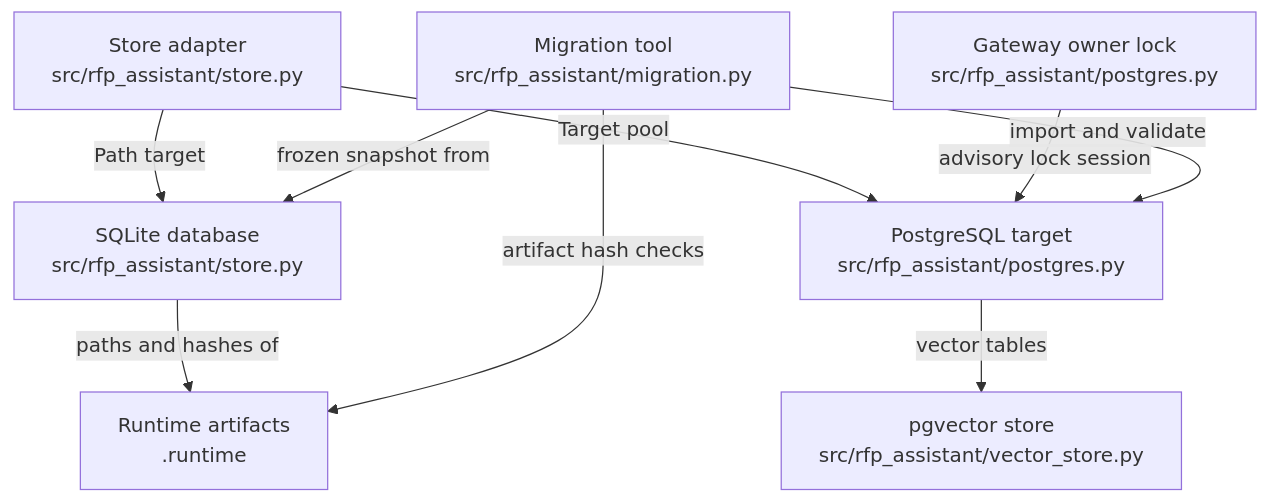
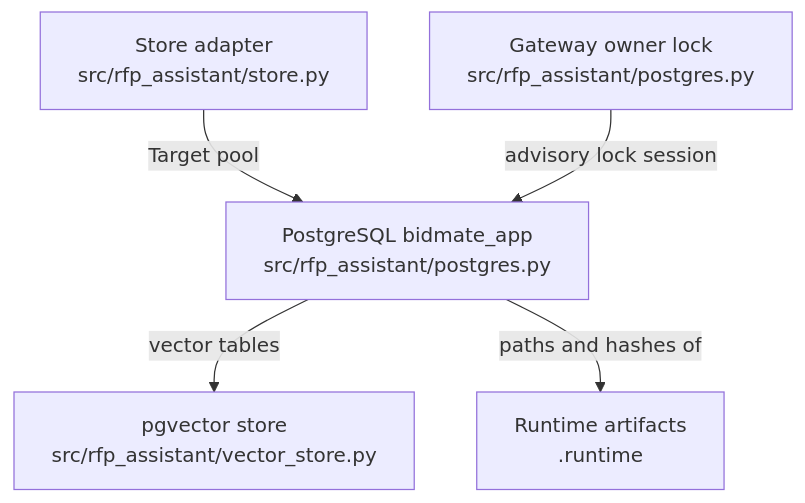
The diagram in .omm/overall-architecture/persistence/diagram.mmd (littleeeeebit/project-codeit-mid), drawn with Mermaid before and after one commit. The commit also changed 43 other files, not shown here.

First line of the commit message:
BidMate를 PostgreSQL 전용으로 정리하고 Phase 4 파일럿을 bidmate_pilot_archive로 이관 (#16)

```diff
--- a/.omm/overall-architecture/persistence/diagram.mmd
+++ b/.omm/overall-architecture/persistence/diagram.mmd
@@ -1,16 +1,10 @@
 graph TD
   store-adapter["Store adapter\nsrc/rfp_assistant/store.py"]
-  sqlite-ledger["SQLite database\nsrc/rfp_assistant/store.py"]
-  postgresql["PostgreSQL target\nsrc/rfp_assistant/postgres.py"]
+  postgresql["PostgreSQL bidmate_app\nsrc/rfp_assistant/postgres.py"]
   pgvector-store["pgvector store\nsrc/rfp_assistant/vector_store.py"]
   gateway-owner["Gateway owner lock\nsrc/rfp_assistant/postgres.py"]
-  migration-tool["Migration tool\nsrc/rfp_assistant/migration.py"]
   runtime-artifacts["Runtime artifacts\n.runtime"]
-  store-adapter -->|Path target| sqlite-ledger
   store-adapter -->|Target pool| postgresql
   postgresql -->|vector tables| pgvector-store
   gateway-owner -->|advisory lock session| postgresql
-  migration-tool -->|frozen snapshot from| sqlite-ledger
-  migration-tool -->|import and validate| postgresql
-  sqlite-ledger -->|paths and hashes of| runtime-artifacts
-  migration-tool -->|artifact hash checks| runtime-artifacts
+  postgresql -->|paths and hashes of| runtime-artifacts
```
